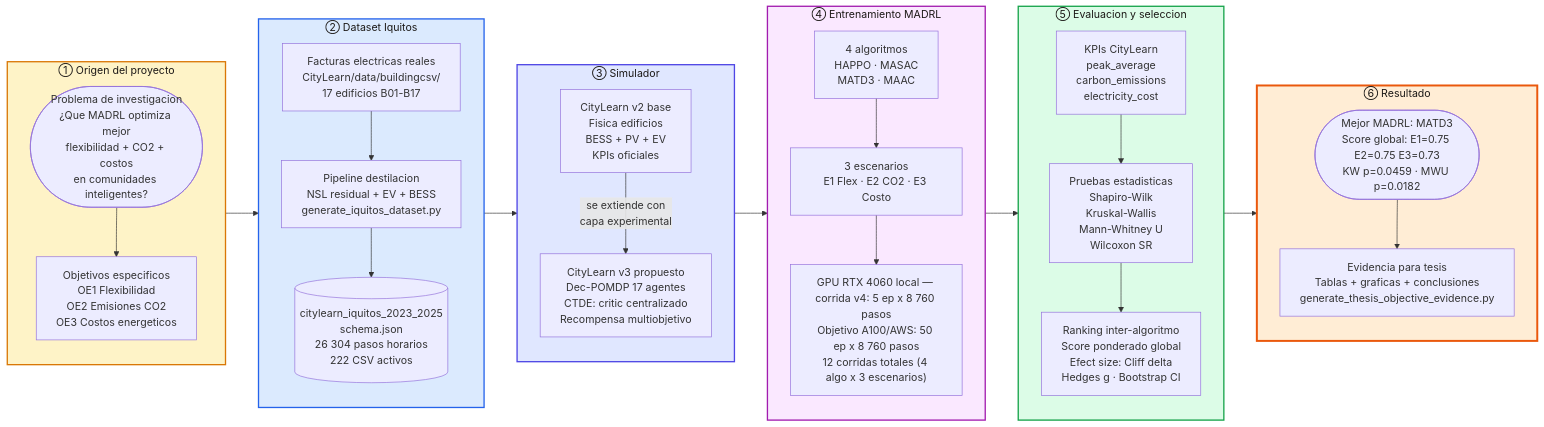
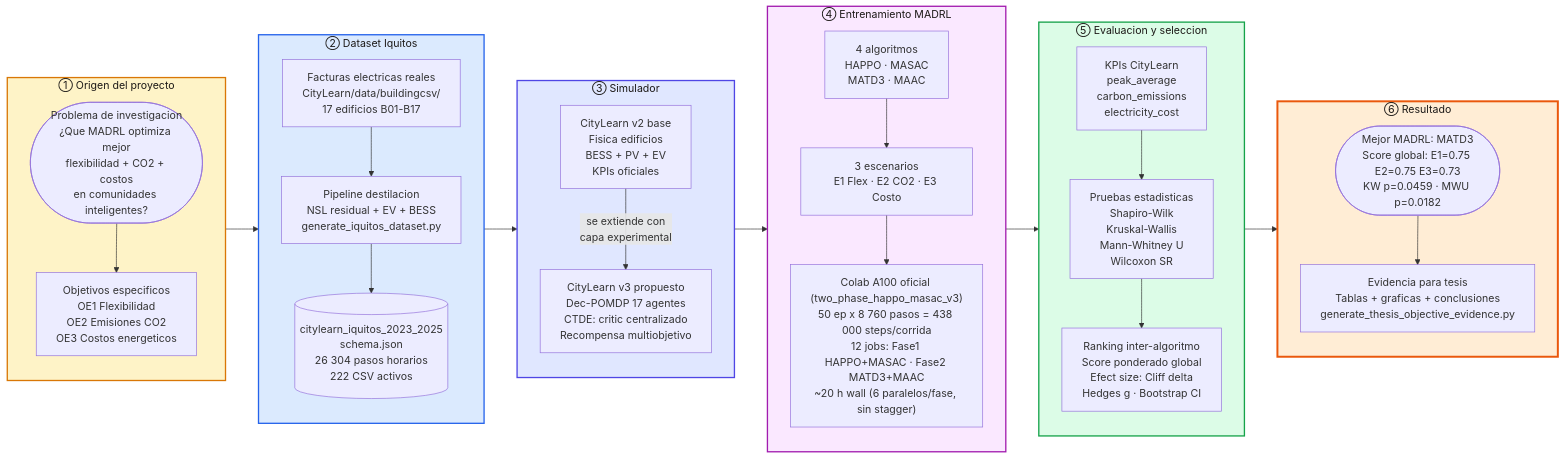
The first of 9 diagrams in docs/architecture/ARQUITECTURA_PROYECTO_DEFENSA.md (Mac-Tapia/MADRLCitytleranflexresdr), drawn with Mermaid before and after one commit. The commit also changed other lines of this file and 10 other files, not shown here.

Commit message:
docs: update 9 architecture diagrams for two_phase Colab A100 protocol

````diff
--- a/docs/architecture/ARQUITECTURA_PROYECTO_DEFENSA.md
+++ b/docs/architecture/ARQUITECTURA_PROYECTO_DEFENSA.md
@@ -19,67 +19,67 @@
 ```mermaid
 flowchart LR
     subgraph ORIGEN["① Origen del proyecto"]
         direction TB
         PROB(["Problema de investigacion\n¿Que MADRL optimiza mejor\nflexibilidad + CO2 + costos\nen comunidades inteligentes?"])
         OBJ["Objetivos especificos\nOE1 Flexibilidad\nOE2 Emisiones CO2\nOE3 Costos energeticos"]
         PROB --> OBJ
     end
 
     subgraph DATOS["② Dataset Iquitos"]
         direction TB
         RAW["Facturas electricas reales\nCityLearn/data/buildingcsv/\n17 edificios B01-B17"]
         PIPE["Pipeline destilacion\nNSL residual + EV + BESS\ngenerate_iquitos_dataset.py"]
         DS[("citylearn_iquitos_2023_2025\nschema.json\n26 304 pasos horarios\n222 CSV activos")]
         RAW --> PIPE --> DS
     end
 
     subgraph SIM["③ Simulador"]
         direction TB
         V2["CityLearn v2 base\nFisica edificios\nBESS + PV + EV\nKPIs oficiales"]
         V3["CityLearn v3 propuesto\nDec-POMDP 17 agentes\nCTDE: critic centralizado\nRecompensa multiobjetivo"]
         V2 -->|"se extiende con\ncapa experimental"| V3
     end
 
     subgraph MADRL_BLOQUE["④ Entrenamiento MADRL"]
         direction TB
         ALGS["4 algoritmos\nHAPPO · MASAC\nMATD3 · MAAC"]
         EJES["3 escenarios\nE1 Flex · E2 CO2 · E3 Costo"]
-        GPU["GPU RTX 4060 local — corrida v4: 5 ep x 8 760 pasos\nObjetivo A100/AWS: 50 ep x 8 760 pasos\n12 corridas totales (4 algo x 3 escenarios)"]
+        GPU["Colab A100 oficial (two_phase_happo_masac_v3)\n50 ep x 8 760 pasos = 438 000 steps/corrida\n12 jobs: Fase1 HAPPO+MASAC · Fase2 MATD3+MAAC\n~20 h wall (6 paralelos/fase, sin stagger)"]
         ALGS --> EJES --> GPU
     end
 
     subgraph EVAL["⑤ Evaluacion y seleccion"]
         direction TB
         KPIS["KPIs CityLearn\npeak_average\ncarbon_emissions\nelectricity_cost"]
         STAT["Pruebas estadisticas\nShapiro-Wilk\nKruskal-Wallis\nMann-Whitney U\nWilcoxon SR"]
         RANK["Ranking inter-algoritmo\nScore ponderado global\nEfect size: Cliff delta\nHedges g · Bootstrap CI"]
         KPIS --> STAT --> RANK
     end
 
     subgraph RESULT["⑥ Resultado"]
         direction TB
         MEJOR(["Mejor MADRL: MATD3\nScore global: E1=0.75 E2=0.75 E3=0.73\nKW p=0.0459 · MWU p=0.0182"])
         TESIS["Evidencia para tesis\nTablas + graficas + conclusiones\ngenerate_thesis_objective_evidence.py"]
         MEJOR --> TESIS
     end
 
     ORIGEN --> DATOS
     DATOS --> SIM
     SIM --> MADRL_BLOQUE
     MADRL_BLOQUE --> EVAL
     EVAL --> RESULT
 
     classDef origen fill:#fef3c7,stroke:#d97706,color:#1c1917,stroke-width:2px
     classDef datos fill:#dbeafe,stroke:#2563eb,color:#1c1917,stroke-width:2px
     classDef sim fill:#e0e7ff,stroke:#4f46e5,color:#1c1917,stroke-width:2px
     classDef madrl fill:#fae8ff,stroke:#a21caf,color:#1c1917,stroke-width:2px
     classDef eval fill:#dcfce7,stroke:#16a34a,color:#1c1917,stroke-width:2px
     classDef result fill:#ffedd5,stroke:#ea580c,color:#1c1917,stroke-width:3px
 
     class ORIGEN origen
     class DATOS datos
     class SIM sim
     class MADRL_BLOQUE madrl
     class EVAL eval
     class RESULT result
 ```
````
